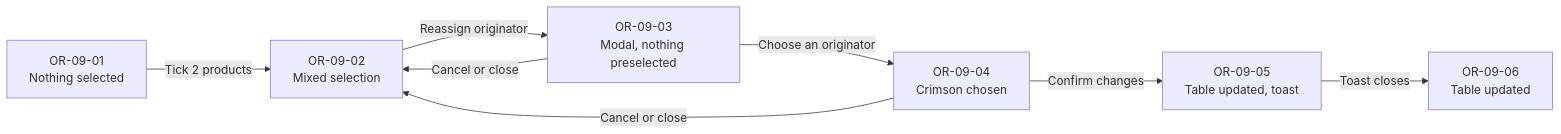
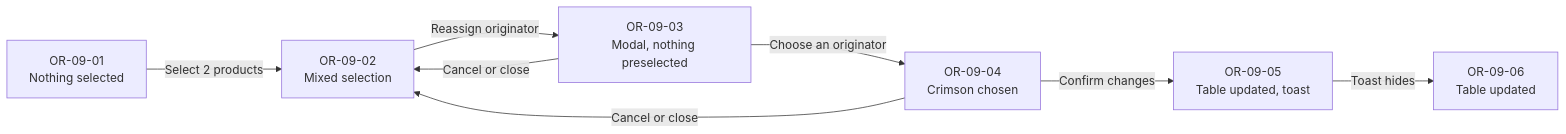
The ninth of 11 diagrams in Originators/originators-spec.md (OGI-Product-Design/buckholt-ai), drawn with Mermaid before and after one commit. The commit also changed other lines of this file, not shown here.

````diff
--- a/Originators/originators-spec.md
+++ b/Originators/originators-spec.md
@@ -778,10 +792,10 @@
 ```mermaid
 flowchart LR
-  A[OR-09-01<br/>Nothing selected] -->|Tick 2 products| B[OR-09-02<br/>Mixed selection]
+  A[OR-09-01<br/>Nothing selected] -->|Select 2 products| B[OR-09-02<br/>Mixed selection]
   B -->|Reassign originator| C[OR-09-03<br/>Modal, nothing preselected]
   C -->|Choose an originator| D[OR-09-04<br/>Crimson chosen]
   D -->|Confirm changes| E[OR-09-05<br/>Table updated, toast]
-  E -->|Toast closes| F[OR-09-06<br/>Table updated]
+  E -->|Toast hides| F[OR-09-06<br/>Table updated]
   C -->|Cancel or close| B
   D -->|Cancel or close| B
 ```
````
